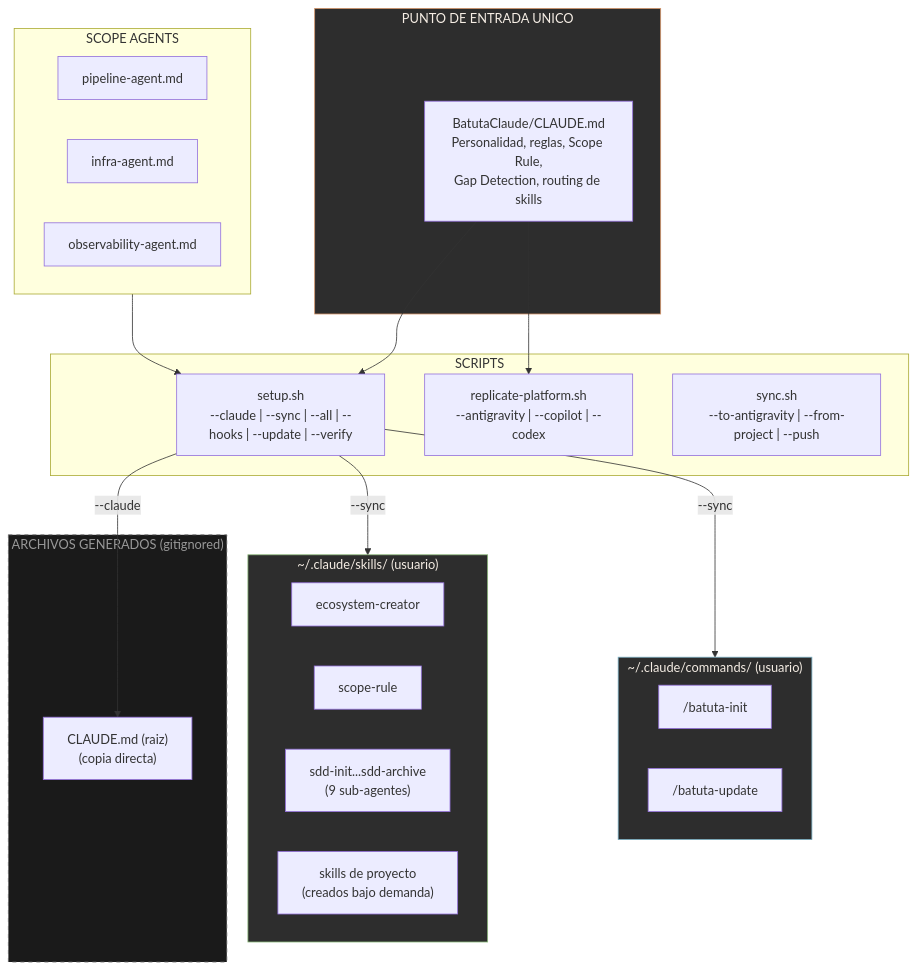
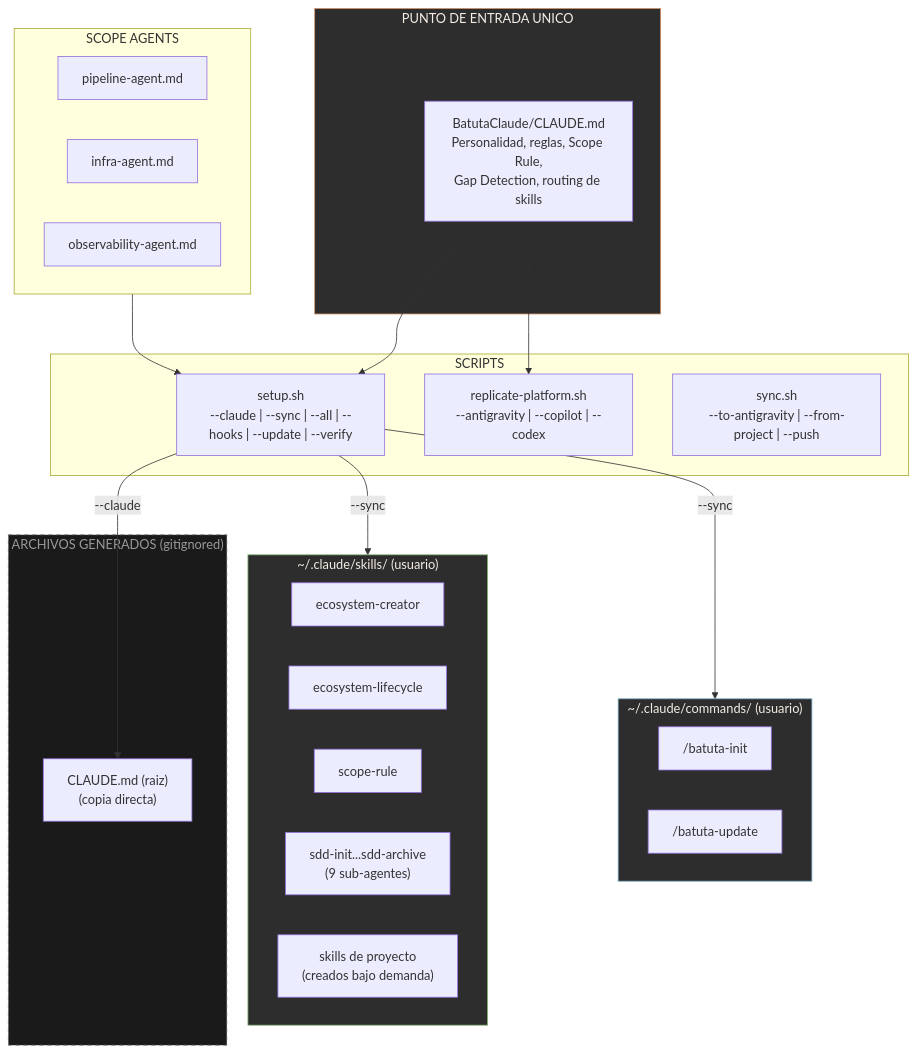
Before and after one commit to jota-batuta/batuta-dots: the first of 24 diagrams in docs/architecture/arquitectura-diagrama.md, drawn with Mermaid. The commit also changed other lines of this file and 21 other files, not shown here.

First line of the commit message:
feat: ecosystem-lifecycle skill, /batuta-sync, self-heal, two-layer config (v12)

````diff
--- a/docs/architecture/arquitectura-diagrama.md
+++ b/docs/architecture/arquitectura-diagrama.md
@@ -5,46 +5,47 @@
 ```mermaid
 flowchart TB
     subgraph FUENTE["PUNTO DE ENTRADA UNICO"]
         CLAUDE_SRC["BatutaClaude/CLAUDE.md<br/>Personalidad, reglas, Scope Rule,<br/>Gap Detection, routing de skills"]
     end
 
     subgraph AGENTS_SRC["SCOPE AGENTS"]
         AG_PIPELINE["pipeline-agent.md"]
         AG_INFRA["infra-agent.md"]
         AG_OBS["observability-agent.md"]
     end
 
     subgraph SETUP["SCRIPTS"]
         SETUP_SH["setup.sh<br/>--claude | --sync | --all | --hooks | --update | --verify"]
         REPLICATE["replicate-platform.sh<br/>--antigravity | --copilot | --codex"]
         SYNC_BI["sync.sh<br/>--to-antigravity | --from-project | --push"]
     end
 
     subgraph GENERADO["ARCHIVOS GENERADOS (gitignored)"]
         CLAUDE_GEN["CLAUDE.md (raiz)<br/>(copia directa)"]
     end
 
     subgraph SKILLS_LOCAL["~/.claude/skills/ (usuario)"]
         SK_ECO["ecosystem-creator"]
+        SK_LIFE["ecosystem-lifecycle"]
         SK_SCOPE["scope-rule"]
         SK_SDD["sdd-init...sdd-archive<br/>(9 sub-agentes)"]
         SK_PROJECT["skills de proyecto<br/>(creados bajo demanda)"]
     end
 
     subgraph COMMANDS_LOCAL["~/.claude/commands/ (usuario)"]
         CMD_INIT["/batuta-init"]
         CMD_UPDATE["/batuta-update"]
     end
 
     CLAUDE_SRC --> SETUP_SH
     AGENTS_SRC --> SETUP_SH
     SETUP_SH -->|"--claude"| CLAUDE_GEN
     SETUP_SH -->|"--sync"| SKILLS_LOCAL
     SETUP_SH -->|"--sync"| COMMANDS_LOCAL
     CLAUDE_SRC --> REPLICATE
 
     style FUENTE fill:#2d2d2d,stroke:#D4956A,color:#F5EDE4
     style GENERADO fill:#1a1a1a,stroke:#666,color:#999,stroke-dasharray: 5 5
     style SKILLS_LOCAL fill:#2d2d2d,stroke:#8BB87A,color:#F5EDE4
     style COMMANDS_LOCAL fill:#2d2d2d,stroke:#7AAFC4,color:#F5EDE4
 ```
````
